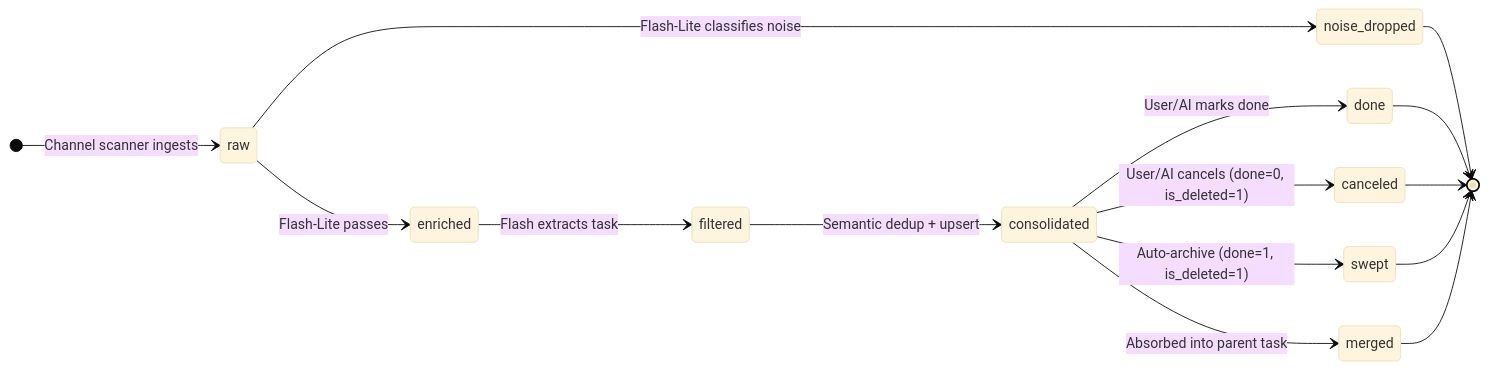
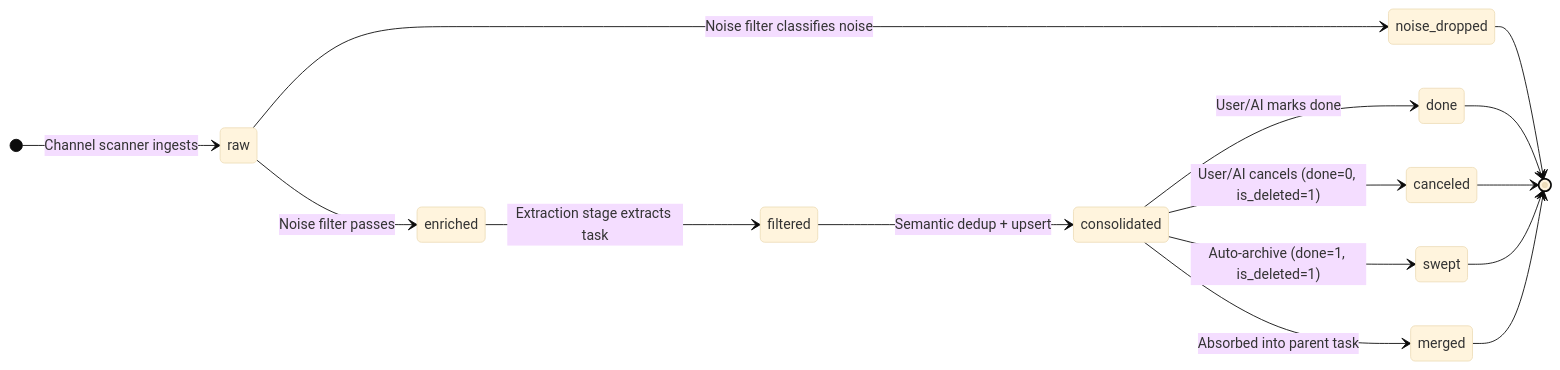
One commit to JaejinSong/message-consolidator changed the first of 5 diagrams in docs/comprehensive/02-domain-model.md. Above: the diagram before and after it, drawn with Mermaid (base theme). The commit also changed other lines of this file and 21 other files, not shown here.

````diff
--- a/docs/comprehensive/02-domain-model.md
+++ b/docs/comprehensive/02-domain-model.md
@@ -27,18 +27,18 @@
 ```mermaid
 stateDiagram-v2
     direction LR
     [*] --> raw : Channel scanner ingests
-    raw --> noise_dropped : Flash-Lite classifies noise
-    raw --> enriched : Flash-Lite passes
+    raw --> noise_dropped : Noise filter classifies noise
+    raw --> enriched : Noise filter passes
     noise_dropped --> [*]
-    enriched --> filtered : Flash extracts task
+    enriched --> filtered : Extraction stage extracts task
     filtered --> consolidated : Semantic dedup + upsert
     consolidated --> done : User/AI marks done
     consolidated --> canceled : User/AI cancels (done=0, is_deleted=1)
     consolidated --> swept : Auto-archive (done=1, is_deleted=1)
     consolidated --> merged : Absorbed into parent task
     done --> [*]
     canceled --> [*]
     swept --> [*]
     merged --> [*]
 ```
````
